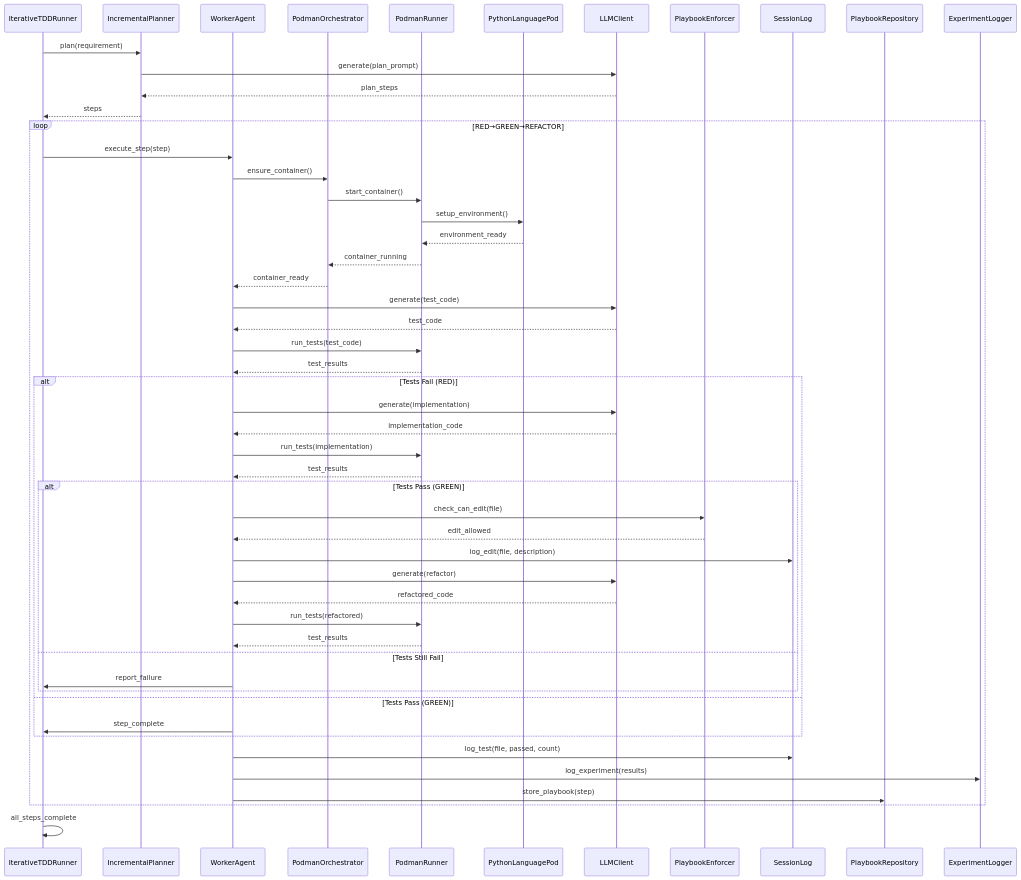
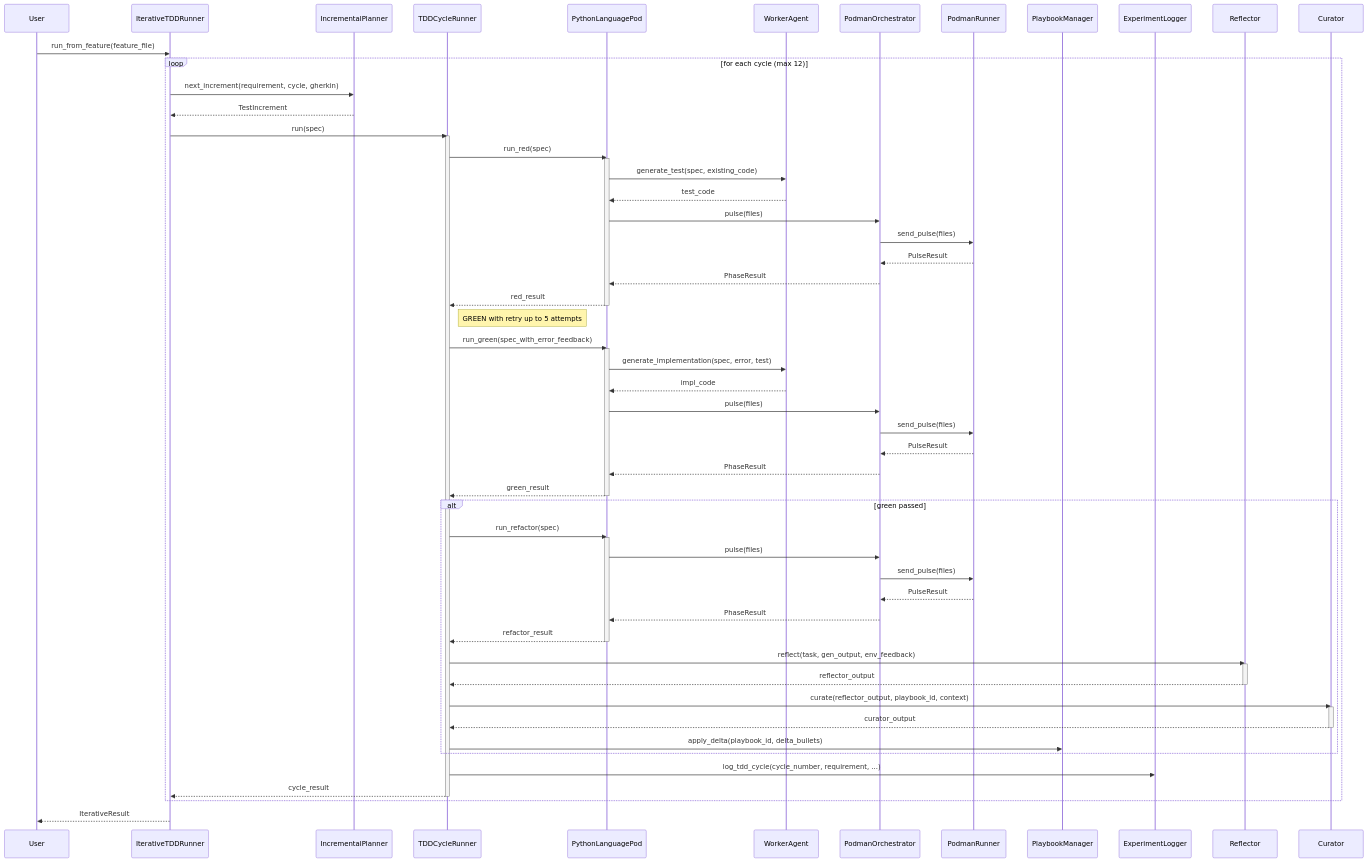
The diagram in docs/SYSTEM_ARCHITECTURE.md (carlhuxley/ace_enterprise), drawn with Mermaid before and after one commit. The commit also changed other lines of this file and 6 other files, not shown here.

````diff
--- a/docs/SYSTEM_ARCHITECTURE.md
+++ b/docs/SYSTEM_ARCHITECTURE.md
@@ -27,61 +42,67 @@
 ```mermaid
 sequenceDiagram
+    participant User
     participant Runner as IterativeTDDRunner
     participant Planner as IncrementalPlanner
+    participant Cycle as TDDCycleRunner
+    participant Pod as PythonLanguagePod
     participant Worker as WorkerAgent
-    participant PodOrch as PodmanOrchestrator
-    participant PodRun as PodmanRunner
-    participant LangPod as PythonLanguagePod
-    participant LLM as LLMClient
-    participant Enforcer as PlaybookEnforcer
-    participant Session as SessionLog
-    participant Repo as PlaybookRepository
-    participant Logger as ExperimentLogger
+    participant Orch as PodmanOrchestrator
+    participant Pman as PodmanRunner
+    participant Pbook as PlaybookManager
+    participant Log as ExperimentLogger
+    participant Reflect as Reflector
+    participant Curate as Curator
 
-    Runner->>Planner: plan(requirement)
-    Planner->>LLM: generate(plan_prompt)
-    LLM-->>Planner: plan_steps
-    Planner-->>Runner: steps
-
-    loop RED→GREEN→REFACTOR
-        Runner->>Worker: execute_step(step)
-        Worker->>PodOrch: ensure_container()
-        PodOrch->>PodRun: start_container()
-        PodRun->>LangPod: setup_environment()
-        LangPod-->>PodRun: environment_ready
-        PodRun-->>PodOrch: container_running
-        PodOrch-->>Worker: container_ready
-
-        Worker->>LLM: generate(test_code)
-        LLM-->>Worker: test_code
-        Worker->>PodRun: run_tests(test_code)
-        PodRun-->>Worker: test_results
-
-        alt Tests Fail (RED)
-            Worker->>LLM: generate(implementation)
-            LLM-->>Worker: implementation_code
-            Worker->>PodRun: run_tests(implementation)
-            PodRun-->>Worker: test_results
-
-            alt Tests Pass (GREEN)
-                Worker->>Enforcer: check_can_edit(file)
-                Enforcer-->>Worker: edit_allowed
-                Worker->>Session: log_edit(file, description)
-                Worker->>LLM: generate(refactor)
-                LLM-->>Worker: refactored_code
-                Worker->>PodRun: run_tests(refactored)
-                PodRun-->>Worker: test_results
-            else Tests Still Fail
-                Worker->>Runner: report_failure
-            end
-        else Tests Pass (GREEN)
-            Worker->>Runner: step_complete
+    User->>Runner: run_from_feature(feature_file)
+    loop for each cycle (max 12)
+        Runner->>Planner: next_increment(requirement, cycle, gherkin)
+        Planner-->>Runner: TestIncrement
+        Runner->>Cycle: run(spec)
+        activate Cycle
+        Cycle->>Pod: run_red(spec)
+        activate Pod
+        Pod->>Worker: generate_test(spec, existing_code)
+        Worker-->>Pod: test_code
+        Pod->>Orch: pulse(files)
+        Orch->>Pman: send_pulse(files)
+        Pman-->>Orch: PulseResult
+        Orch-->>Pod: PhaseResult
+        Pod-->>Cycle: red_result
+        deactivate Pod
+        Note right of Cycle: GREEN with retry up to 5 attempts
+        Cycle->>Pod: run_green(spec_with_error_feedback)
+        activate Pod
+        Pod->>Worker: generate_implementation(spec, error, test)
+        Worker-->>Pod: impl_code
+        Pod->>Orch: pulse(files)
+        Orch->>Pman: send_pulse(files)
+        Pman-->>Orch: PulseResult
+        Orch-->>Pod: PhaseResult
+        Pod-->>Cycle: green_result
+        deactivate Pod
+        alt green passed
+            Cycle->>Pod: run_refactor(spec)
+            activate Pod
+            Pod->>Orch: pulse(files)
+            Orch->>Pman: send_pulse(files)
+            Pman-->>Orch: PulseResult
+            Orch-->>Pod: PhaseResult
+            Pod-->>Cycle: refactor_result
+            deactivate Pod
+            Cycle->>Reflect: reflect(task, gen_output, env_feedback)
+            activate Reflect
+            Reflect-->>Cycle: reflector_output
+            deactivate Reflect
+            Cycle->>Curate: curate(reflector_output, playbook_id, context)
+            activate Curate
+            Curate-->>Cycle: curator_output
+            deactivate Curate
+            Cycle->>Pbook: apply_delta(playbook_id, delta_bullets)
         end
-
-        Worker->>Session: log_test(file, passed, count)
-        Worker->>Logger: log_experiment(results)
-        Worker->>Repo: store_playbook(step)
+        Cycle->>Log: log_tdd_cycle(cycle_number, requirement, ...)
+        Cycle-->>Runner: cycle_result
+        deactivate Cycle
     end
-
-    Runner->>Runner: all_steps_complete
+    Runner-->>User: IterativeResult
 ```
````
